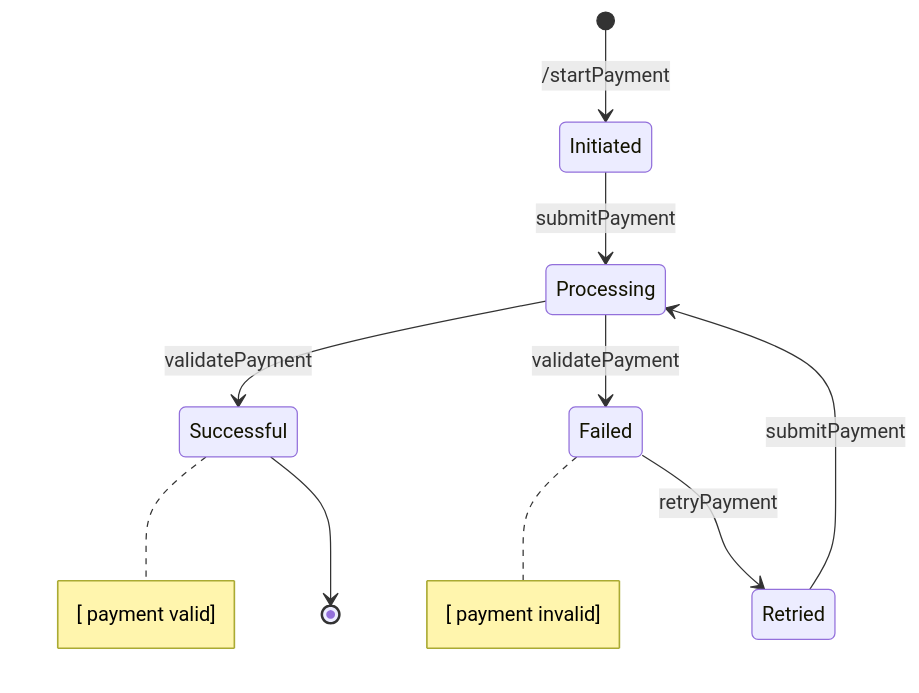
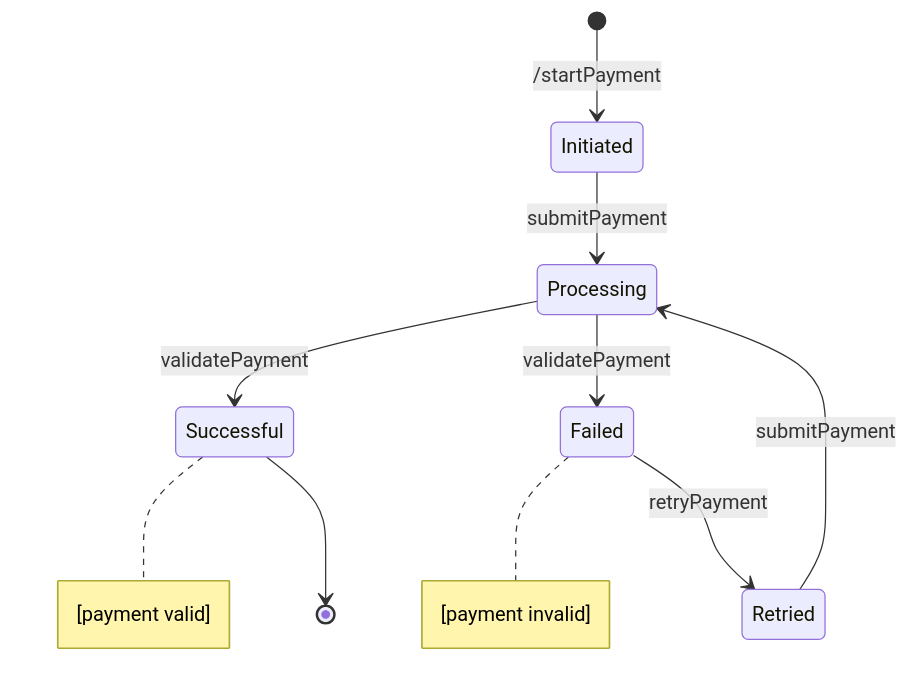
The fourth of 5 diagrams in State_Transition_Diagrams.md (NdumisoCPUT/informal-business-management), drawn with Mermaid before and after one commit. The commit also changed other lines of this file, not shown here.

````diff
--- a/State_Transition_Diagrams.md
+++ b/State_Transition_Diagrams.md
@@ -63,20 +63,20 @@
 ```mermaid
 stateDiagram-v2
     [*] --> Initiated : /startPayment
 
     Initiated --> Processing : submitPayment
 
     Processing --> Successful : validatePayment  
-    note right of Successful : [ payment valid]
+    note right of Successful : [payment valid]
 
     Processing --> Failed : validatePayment  
-    note right of Failed : [ payment invalid]
+    note right of Failed : [payment invalid]
 
     Failed --> Retried : retryPayment
 
     Retried --> Processing : submitPayment
 
     Successful --> [*]
 
 
 ```
````
